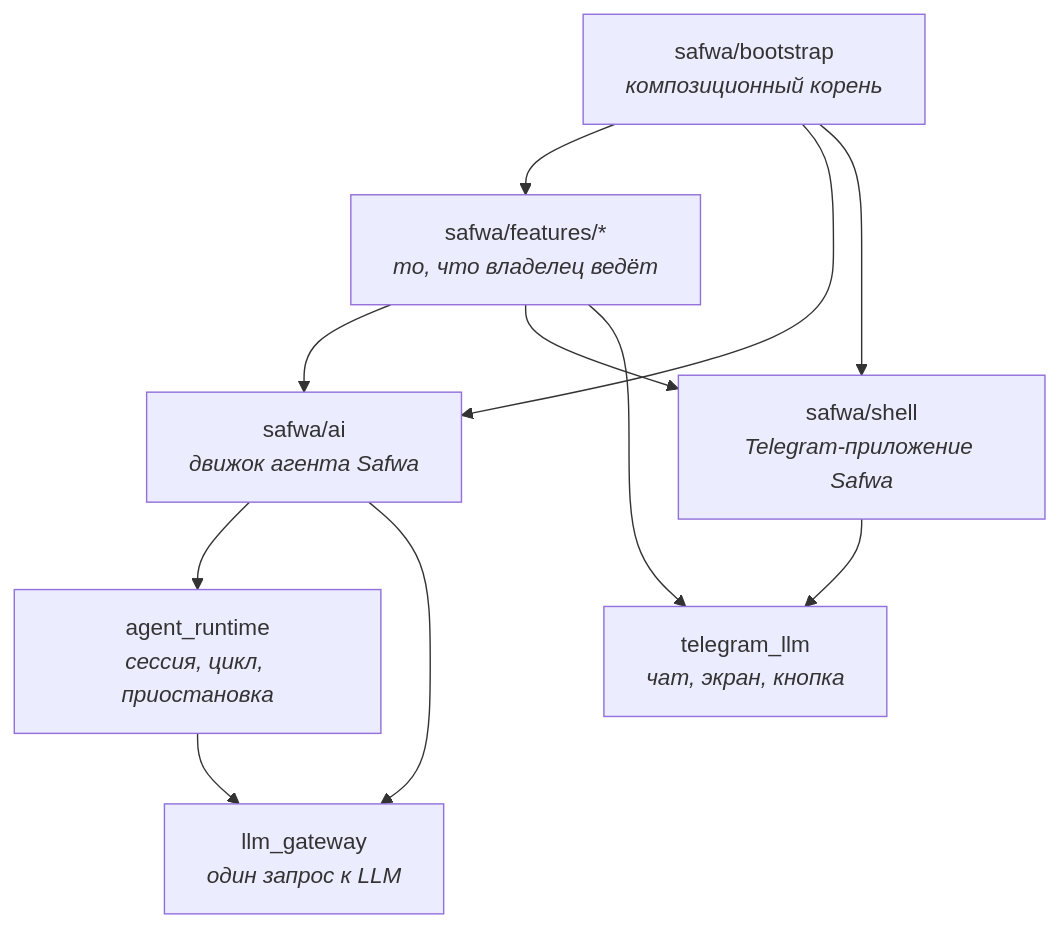
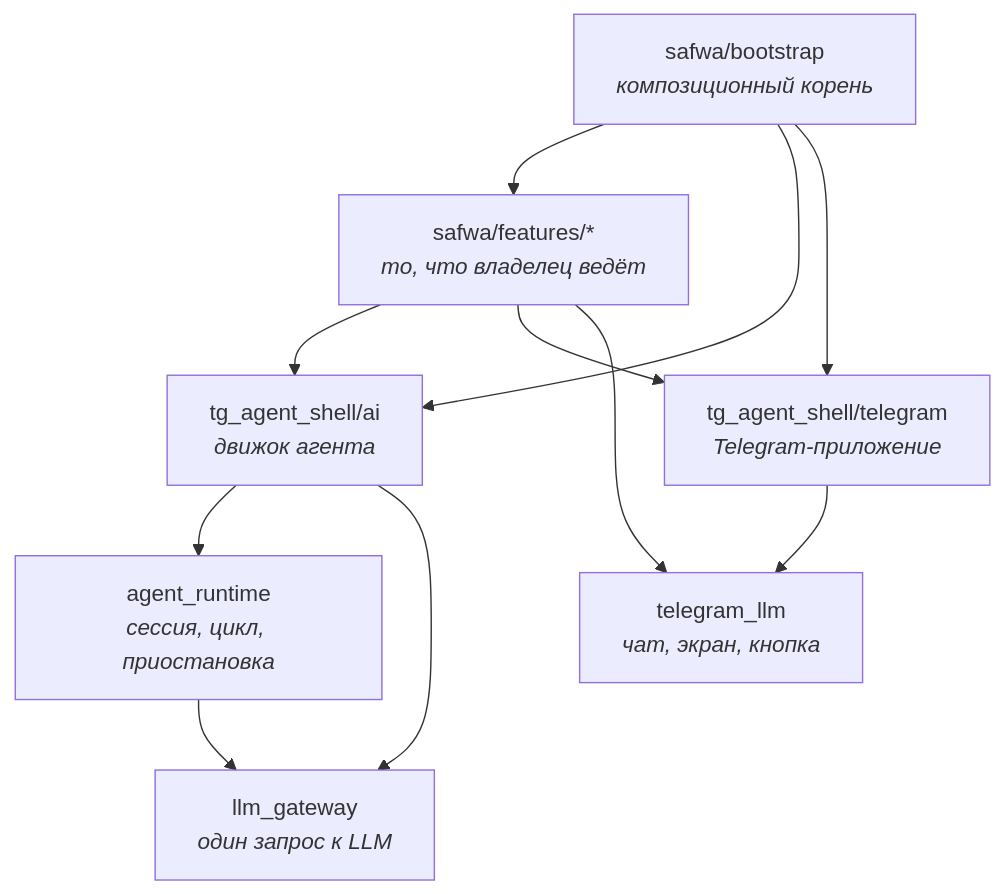
One commit to myvaheed/tg-ai-safwa changed the first of 2 diagrams in docs/diagrams/01-architecture.md. Above: the diagram before and after it, drawn with Mermaid. The commit also changed other lines of this file and 255 other files, not shown here.

````diff
--- a/docs/diagrams/01-architecture.md
+++ b/docs/diagrams/01-architecture.md
@@ -6,21 +6,21 @@
 ```mermaid
 flowchart TD
     LG["llm_gateway<br/><i>один запрос к LLM</i>"]
     AR["agent_runtime<br/><i>сессия, цикл, приостановка</i>"]
     TL["telegram_llm<br/><i>чат, экран, кнопка</i>"]
-    AI["safwa/ai<br/><i>движок агента Safwa</i>"]
-    SH["safwa/shell<br/><i>Telegram-приложение Safwa</i>"]
+    AI["tg_agent_shell/ai<br/><i>движок агента</i>"]
+    SH["tg_agent_shell/telegram<br/><i>Telegram-приложение</i>"]
     FE["safwa/features/*<br/><i>то, что владелец ведёт</i>"]
     BS["safwa/bootstrap<br/><i>композиционный корень</i>"]
 
     AR --> LG
     AI --> AR
     AI --> LG
     SH --> TL
     FE --> AI
     FE --> SH
     FE --> TL
     BS --> FE
     BS --> AI
     BS --> SH
 ```
````
